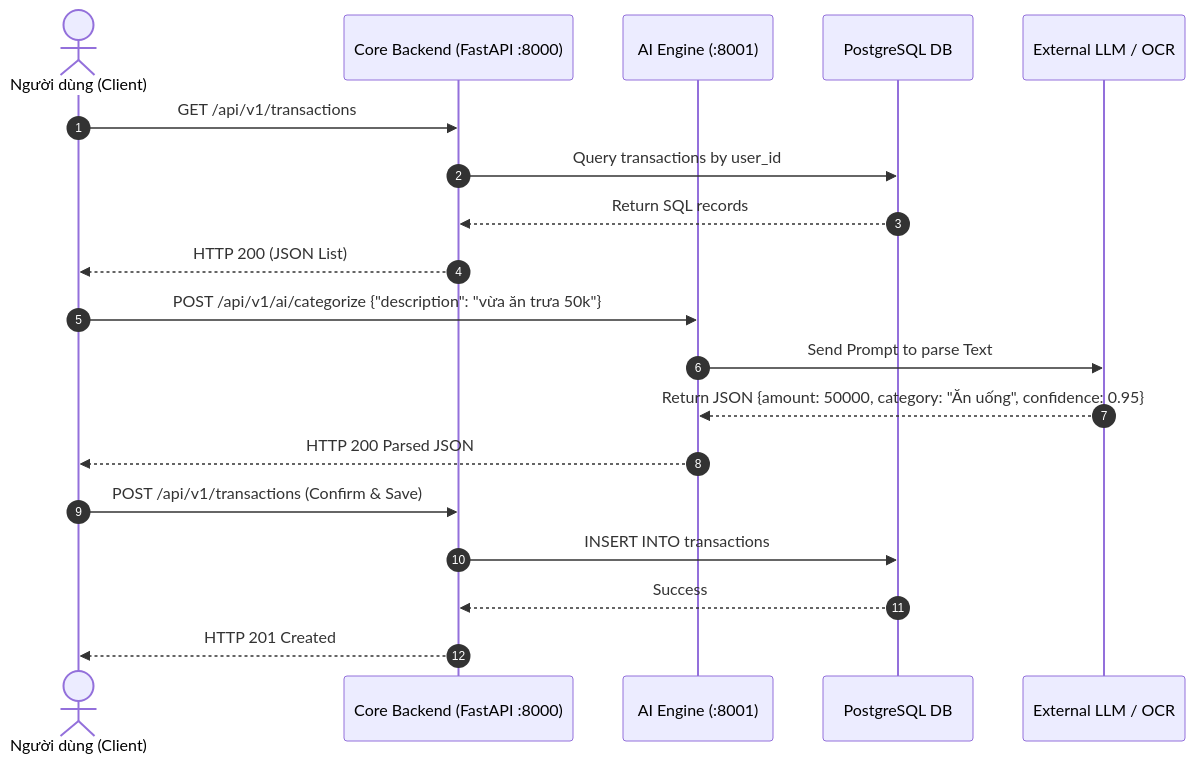
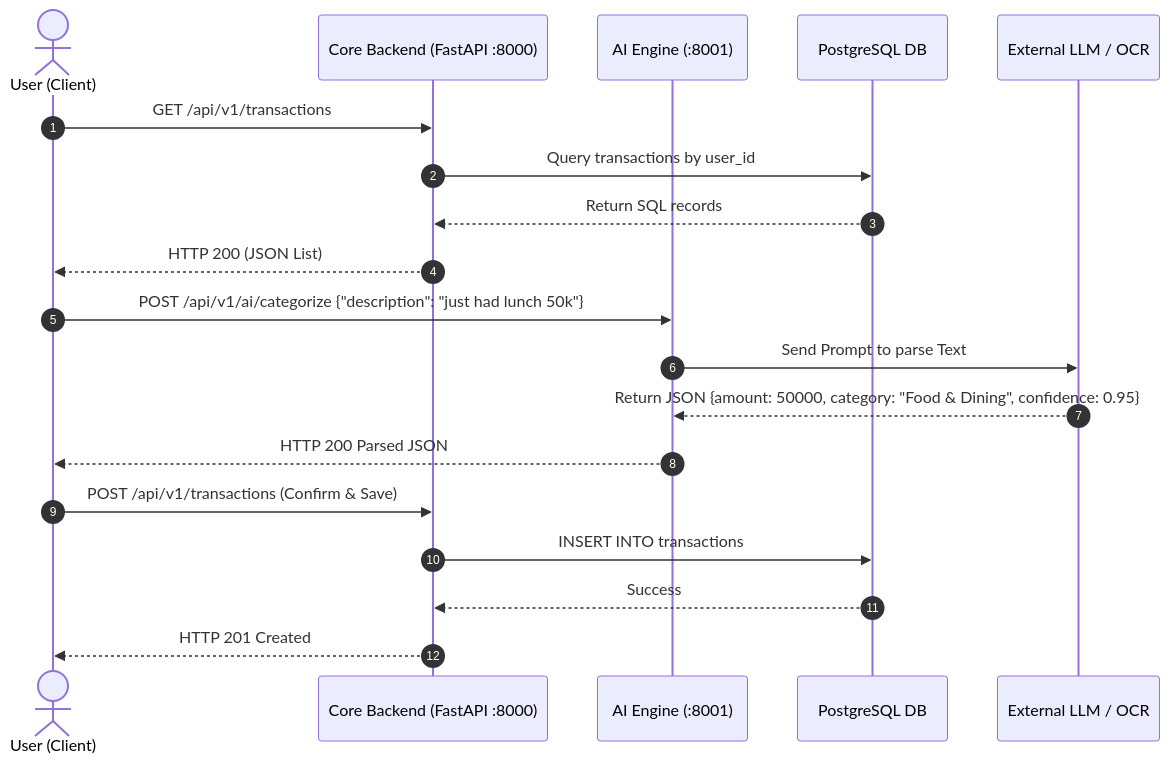
One commit to pie-12/budgetly changed the second of 2 diagrams in docs/architecture/SYSTEM_ARCHITECTURE.md. Above: the diagram before and after it, drawn with Mermaid. The commit also changed other lines of this file and 10 other files, not shown here.

````diff
--- a/docs/architecture/SYSTEM_ARCHITECTURE.md
+++ b/docs/architecture/SYSTEM_ARCHITECTURE.md
@@ -71,25 +71,25 @@
 ```mermaid
 sequenceDiagram
     autonumber
-    actor User as Người dùng (Client)
+    actor User as User (Client)
     participant Core as Core Backend (FastAPI :8000)
     participant AI as AI Engine (:8001)
     participant DB as PostgreSQL DB
     participant LLM as External LLM / OCR
 
     %% Case 1: Manual CRUD
     User->>Core: GET /api/v1/transactions
     Core->>DB: Query transactions by user_id
     DB-->>Core: Return SQL records
     Core-->>User: HTTP 200 (JSON List)
 
     %% Case 2: Smart NLP Input
-    User->>AI: POST /api/v1/ai/categorize {"description": "vừa ăn trưa 50k"}
+    User->>AI: POST /api/v1/ai/categorize {"description": "just had lunch 50k"}
     AI->>LLM: Send Prompt to parse Text
-    LLM-->>AI: Return JSON {amount: 50000, category: "Ăn uống", confidence: 0.95}
+    LLM-->>AI: Return JSON {amount: 50000, category: "Food & Dining", confidence: 0.95}
     AI-->>User: HTTP 200 Parsed JSON
     User->>Core: POST /api/v1/transactions (Confirm & Save)
     Core->>DB: INSERT INTO transactions
     DB-->>Core: Success
     Core-->>User: HTTP 201 Created
 ```
````
